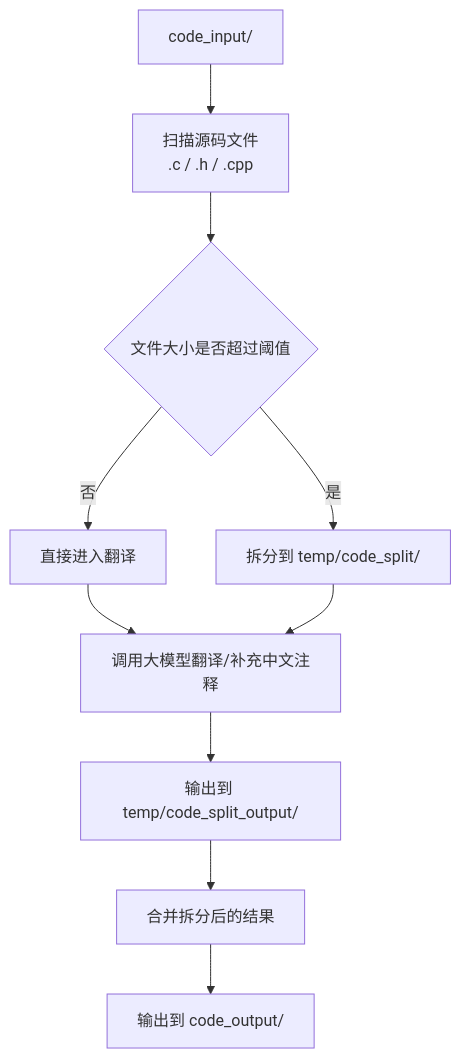
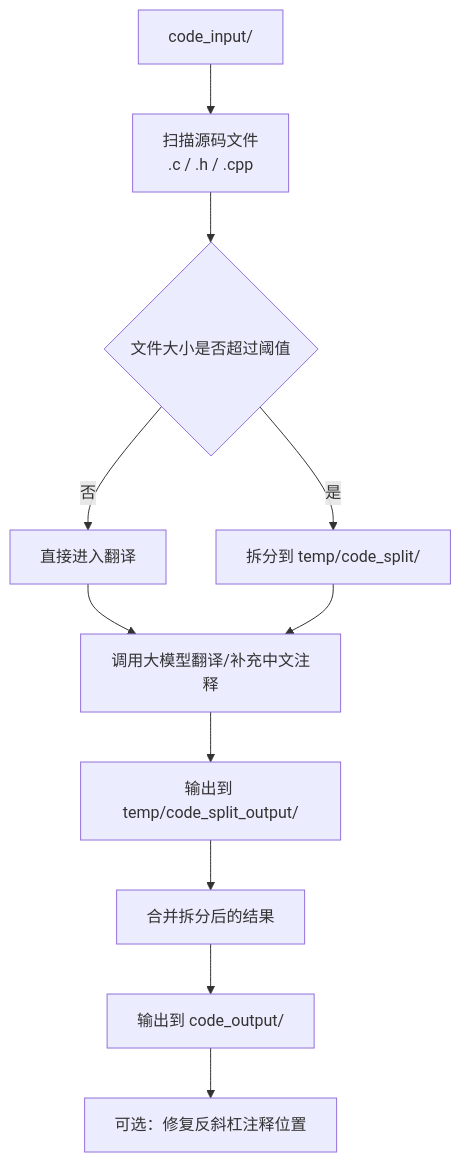
One commit to Zh-Commander/CommentTranslator changed the diagram in README.md. Above: the diagram before and after it, drawn with Mermaid. The commit also changed other lines of this file, not shown here.

````diff
--- a/README.md
+++ b/README.md
@@ -16,12 +17,13 @@
 ```mermaid
 flowchart TD
     A[code_input/] --> B[扫描源码文件<br/>.c / .h / .cpp]
     B --> C{文件大小是否超过阈值}
     C -->|否| D[直接进入翻译]
     C -->|是| E[拆分到 temp/code_split/]
     D --> F[调用大模型翻译/补充中文注释]
     E --> F
     F --> G[输出到 temp/code_split_output/]
     G --> H[合并拆分后的结果]
     H --> I[输出到 code_output/]
+    I --> J[可选：修复反斜杠注释位置]
 ```
````
